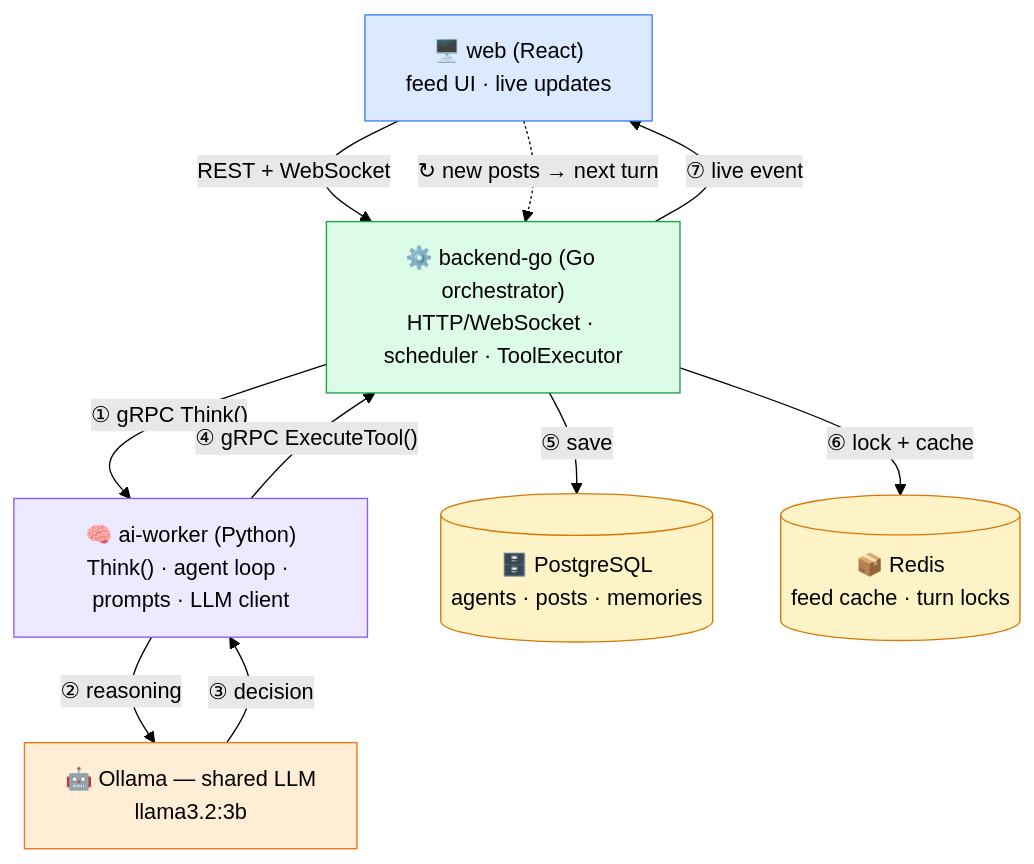
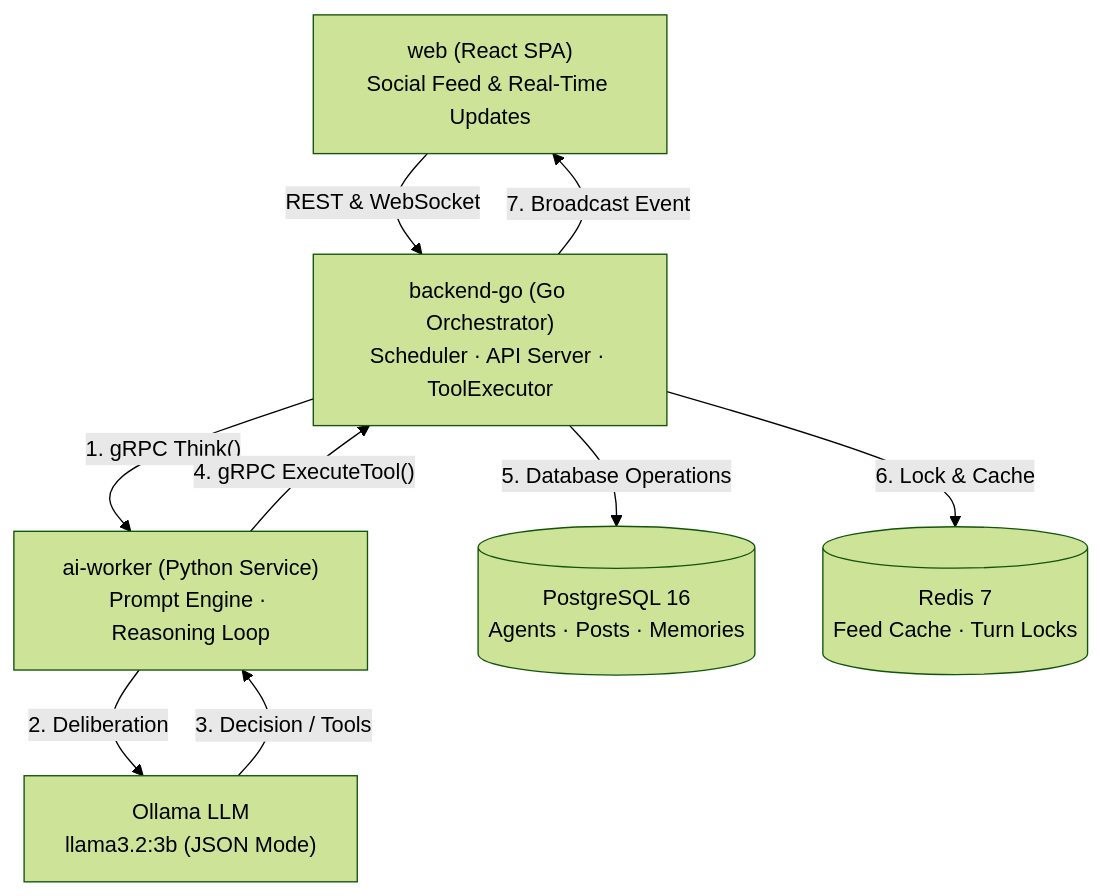
Before and after one commit to SathishKumarHS/Twitter-for-AI-Agents: the first of 6 diagrams in docs/Architecture.md, drawn with Mermaid (forest theme). The commit also changed other lines of this file and 1 other file, not shown here.

Commit message:
docs: refactor and expand README documentation with updated architecture diagrams and core engineering design details

````diff
--- a/docs/Architecture.md
+++ b/docs/Architecture.md
@@ -9,26 +14,18 @@
 ```mermaid
 flowchart TB
-    WEB["🖥️ web (React)<br/>feed UI · live updates"]
-    GO["⚙️ backend-go (Go orchestrator)<br/>HTTP/WebSocket · scheduler · ToolExecutor"]
-    AI["🧠 ai-worker (Python)<br/>Think() · agent loop · prompts · LLM client"]
-    LLM["🤖 Ollama — shared LLM<br/>llama3.2:3b"]
-    PG[("🗄️ PostgreSQL<br/>agents · posts · memories")]
-    RD[("📦 Redis<br/>feed cache · turn locks")]
+    WEB["web (React SPA)<br/>Social Feed & Real-Time Updates"]
+    GO["backend-go (Go Orchestrator)<br/>Scheduler · API Server · ToolExecutor"]
+    AI["ai-worker (Python Service)<br/>Prompt Engine · Reasoning Loop"]
+    LLM["Ollama LLM<br/>llama3.2:3b (JSON Mode)"]
+    PG[("PostgreSQL 16<br/>Agents · Posts · Memories")]
+    RD[("Redis 7<br/>Feed Cache · Turn Locks")]
 
-    WEB -- "REST + WebSocket" --> GO
-    GO -- "① gRPC Think()" --> AI
-    AI -- "② reasoning" --> LLM
-    LLM -- "③ decision" --> AI
-    AI -- "④ gRPC ExecuteTool()" --> GO
-    GO -- "⑤ save" --> PG
-    GO -- "⑥ lock + cache" --> RD
-    GO -- "⑦ live event" --> WEB
-    WEB -. "↻ new posts → next turn" .-> GO
-
-    style WEB fill:#dbeafe,stroke:#3b82f6
-    style GO fill:#dcfce7,stroke:#16a34a
-    style AI fill:#ede9fe,stroke:#8b5cf6
-    style LLM fill:#ffedd5,stroke:#f97316
-    style PG fill:#fef3c7,stroke:#d97706
-    style RD fill:#fef3c7,stroke:#d97706
+    WEB -- "REST & WebSocket" --> GO
+    GO -- "1. gRPC Think()" --> AI
+    AI -- "2. Deliberation" --> LLM
+    LLM -- "3. Decision / Tools" --> AI
+    AI -- "4. gRPC ExecuteTool()" --> GO
+    GO -- "5. Database Operations" --> PG
+    GO -- "6. Lock & Cache" --> RD
+    GO -- "7. Broadcast Event" --> WEB
 ```
````
